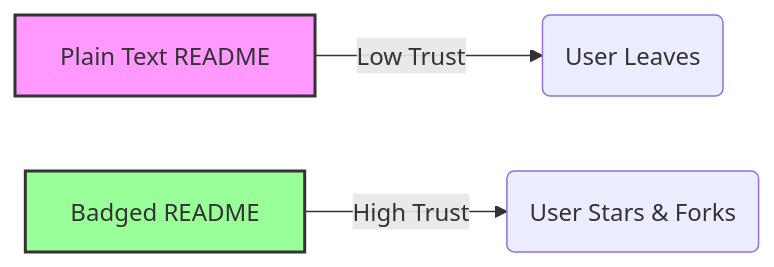
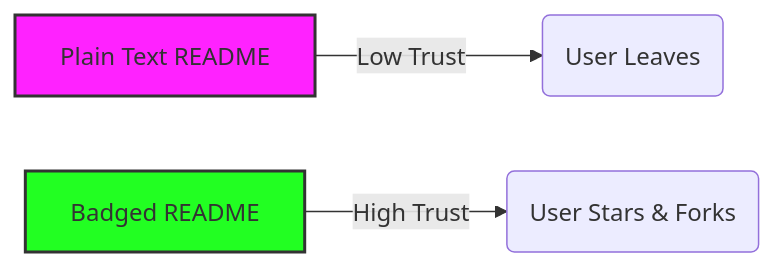
Before and after one commit to Aliriyaj007/The-Ultimate-README-Badges-Collection: the first of 2 diagrams in README.md, drawn with Mermaid. The commit also changed other lines of this file, not shown here.

````diff
--- a/README.md
+++ b/README.md
@@ -54,8 +54,8 @@
 ```mermaid
 graph LR
     A[Plain Text README] -->|Low Trust| B(User Leaves)
     C[Badged README] -->|High Trust| D(User Stars & Forks)
     
-    style A fill:#f9f,stroke:#333,stroke-width:2px
-    style C fill:#9f9,stroke:#333,stroke-width:2px
+    style A fill:#f2f,stroke:#333,stroke-width:2px
+    style C fill:#2f2,stroke:#333,stroke-width:2px
 ```
````
